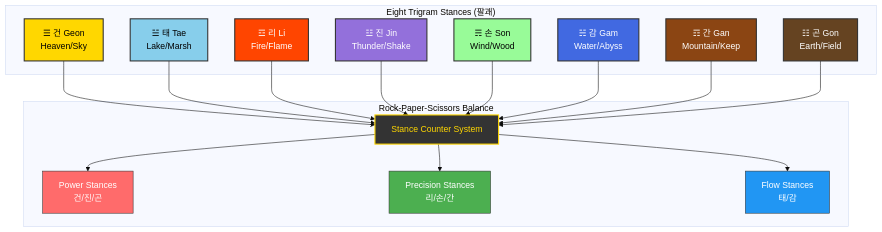
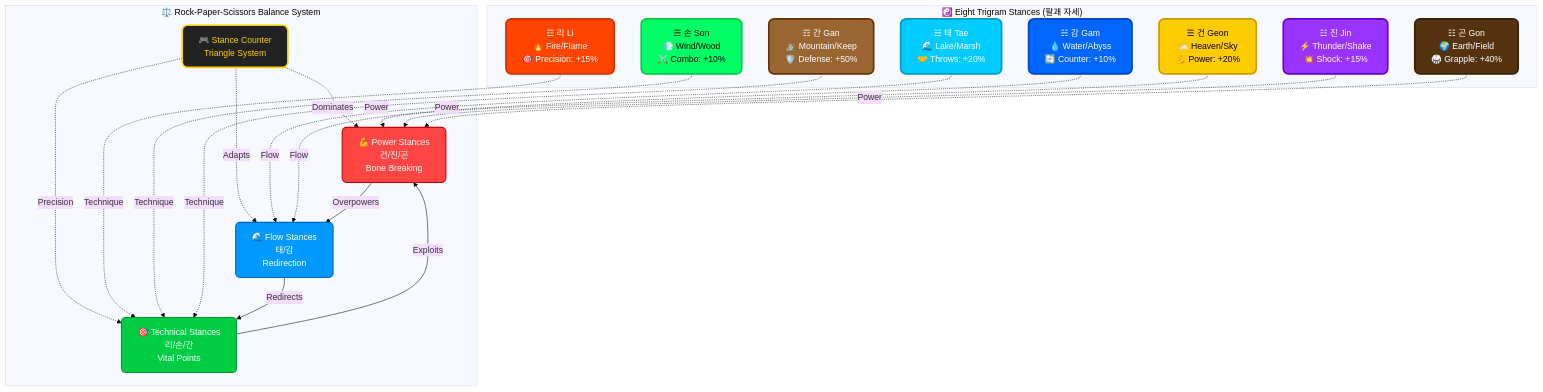
The second of 2 diagrams in game-design.md (Hack23/blacktrigram), drawn with Mermaid (base theme) before and after one commit. The commit also changed other lines of this file and 3 other files, not shown here.

Commit message:
Remove old backup files and enhance game-design.md with icons, emojis, and color-coded Mermaid diagrams

````diff
--- a/game-design.md
+++ b/game-design.md
@@ -397,42 +397,41 @@
 ```mermaid
 graph TB
-    subgraph "Eight Trigram Stances (팔괘)"
-        G[☰ 건 Geon<br/>Heaven/Sky]:::geon
-        T[☱ 태 Tae<br/>Lake/Marsh]:::tae
-        L[☲ 리 Li<br/>Fire/Flame]:::li
-        J[☳ 진 Jin<br/>Thunder/Shake]:::jin
-        S[☴ 손 Son<br/>Wind/Wood]:::son
-        GA[☵ 감 Gam<br/>Water/Abyss]:::gam
-        GN[☶ 간 Gan<br/>Mountain/Keep]:::gan
-        GO[☷ 곤 Gon<br/>Earth/Field]:::gon
+    subgraph "☯️ Eight Trigram Stances (팔괘 자세)"
+        G["☰ 건 Geon<br/>⛅ Heaven/Sky<br/>💪 Power: +20%"]:::geon
+        T["☱ 태 Tae<br/>🌊 Lake/Marsh<br/>🤝 Throws: +20%"]:::tae
+        L["☲ 리 Li<br/>🔥 Fire/Flame<br/>🎯 Precision: +15%"]:::li
+        J["☳ 진 Jin<br/>⚡ Thunder/Shake<br/>💥 Shock: +15%"]:::jin
+        S["☴ 손 Son<br/>💨 Wind/Wood<br/>⚔️ Combo: +10%"]:::son
+        GA["☵ 감 Gam<br/>💧 Water/Abyss<br/>🔄 Counter: +10%"]:::gam
+        GN["☶ 간 Gan<br/>⛰️ Mountain/Keep<br/>🛡️ Defense: +50%"]:::gan
+        GO["☷ 곤 Gon<br/>🌍 Earth/Field<br/>🥋 Grapple: +40%"]:::gon
     end
 
-    subgraph "Rock-Paper-Scissors Balance"
-        RPS[Stance Counter System]:::balance
-        RPS --> POWER[Power Stances<br/>건/진/곤]:::power
-        RPS --> PRECISION[Precision Stances<br/>리/손/간]:::precision
-        RPS --> FLOW[Flow Stances<br/>태/감]:::flow
+    subgraph "⚖️ Rock-Paper-Scissors Balance System"
+        RPS["🎮 Stance Counter<br/>Triangle System"]:::balance
+        RPS -.->|"Dominates"| POWER["💪 Power Stances<br/>건/진/곤<br/>Bone Breaking"]:::power
+        RPS -.->|"Precision"| PRECISION["🎯 Technical Stances<br/>리/손/간<br/>Vital Points"]:::precision
+        RPS -.->|"Adapts"| FLOW["🌊 Flow Stances<br/>태/감<br/>Redirection"]:::flow
     end
 
-    G --> RPS
-    T --> RPS
-    L --> RPS
-    J --> RPS
-    S --> RPS
-    GA --> RPS
-    GN --> RPS
-    GO --> RPS
+    G & J & GO -.->|"Power"| POWER
+    L & S & GN -.->|"Technique"| PRECISION
+    T & GA -.->|"Flow"| FLOW
 
-    classDef geon fill:#ffd700,stroke:#333,color:#000,stroke-width:2px
-    classDef tae fill:#87ceeb,stroke:#333,color:#000,stroke-width:2px
-    classDef li fill:#ff4500,stroke:#333,color:#fff,stroke-width:2px
-    classDef jin fill:#9370db,stroke:#333,color:#fff,stroke-width:2px
-    classDef son fill:#98fb98,stroke:#333,color:#000,stroke-width:2px
-    classDef gam fill:#4169e1,stroke:#333,color:#fff,stroke-width:2px
-    classDef gan fill:#8b4513,stroke:#333,color:#fff,stroke-width:2px
-    classDef gon fill:#654321,stroke:#333,color:#fff,stroke-width:2px
-    classDef balance fill:#333,stroke:#ffd700,color:#ffd700,stroke-width:2px
-    classDef power fill:#ff6b6b,stroke:#333,color:#fff
-    classDef precision fill:#4caf50,stroke:#333,color:#fff
-    classDef flow fill:#2196f3,stroke:#333,color:#fff
+    POWER -->|"Overpowers"| FLOW
+    FLOW -->|"Redirects"| PRECISION
+    PRECISION -->|"Exploits"| POWER
+
+    classDef geon fill:#ffcc00,stroke:#cc9900,color:#000,stroke-width:3px,rx:10
+    classDef tae fill:#00ccff,stroke:#0099cc,color:#fff,stroke-width:3px,rx:10
+    classDef li fill:#ff4400,stroke:#cc3300,color:#fff,stroke-width:3px,rx:10
+    classDef jin fill:#9933ff,stroke:#6600cc,color:#fff,stroke-width:3px,rx:10
+    classDef son fill:#00ff66,stroke:#00cc44,color:#000,stroke-width:3px,rx:10
+    classDef gam fill:#0066ff,stroke:#0044cc,color:#fff,stroke-width:3px,rx:10
+    classDef gan fill:#996633,stroke:#663300,color:#fff,stroke-width:3px,rx:10
+    classDef gon fill:#553311,stroke:#332200,color:#fff,stroke-width:3px,rx:10
+    classDef balance fill:#222,stroke:#ffcc00,color:#ffcc00,stroke-width:3px,rx:10
+    classDef power fill:#ff4444,stroke:#cc0000,color:#fff,stroke-width:2px,rx:8
+    classDef precision fill:#00cc44,stroke:#009933,color:#fff,stroke-width:2px,rx:8
+    classDef flow fill:#0099ff,stroke:#0066cc,color:#fff,stroke-width:2px,rx:8
 ```
````
